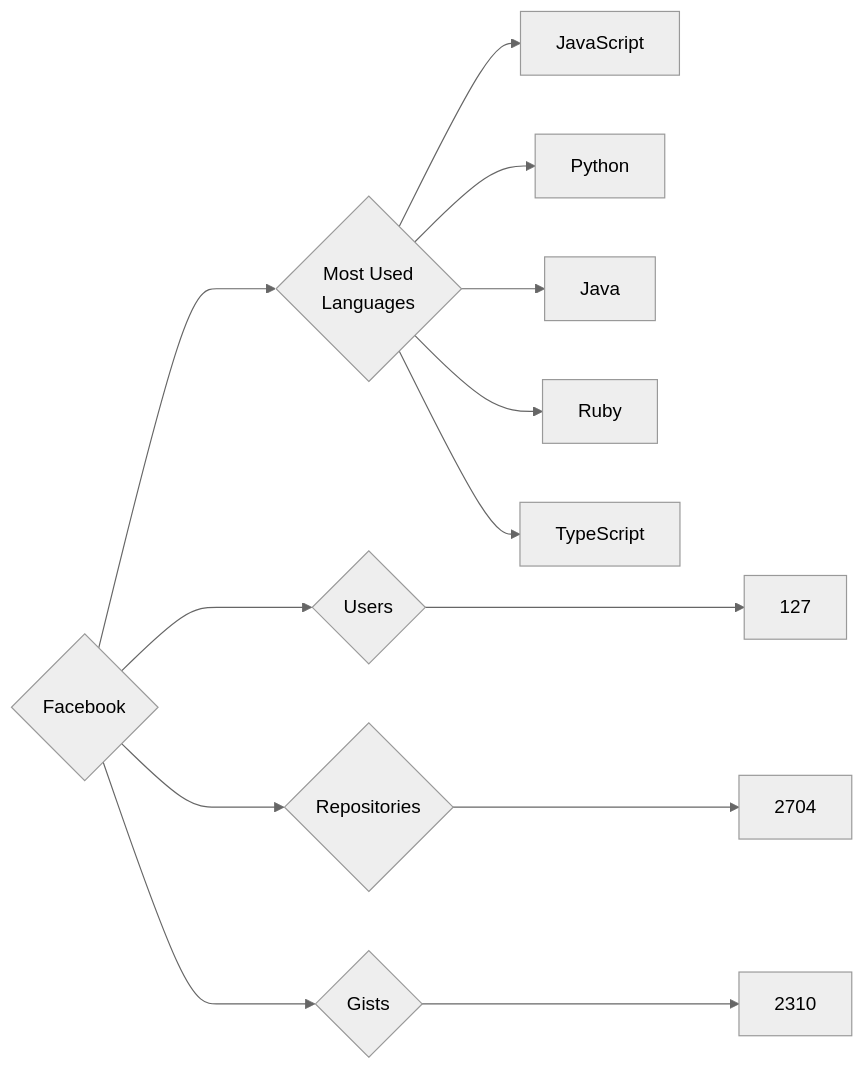
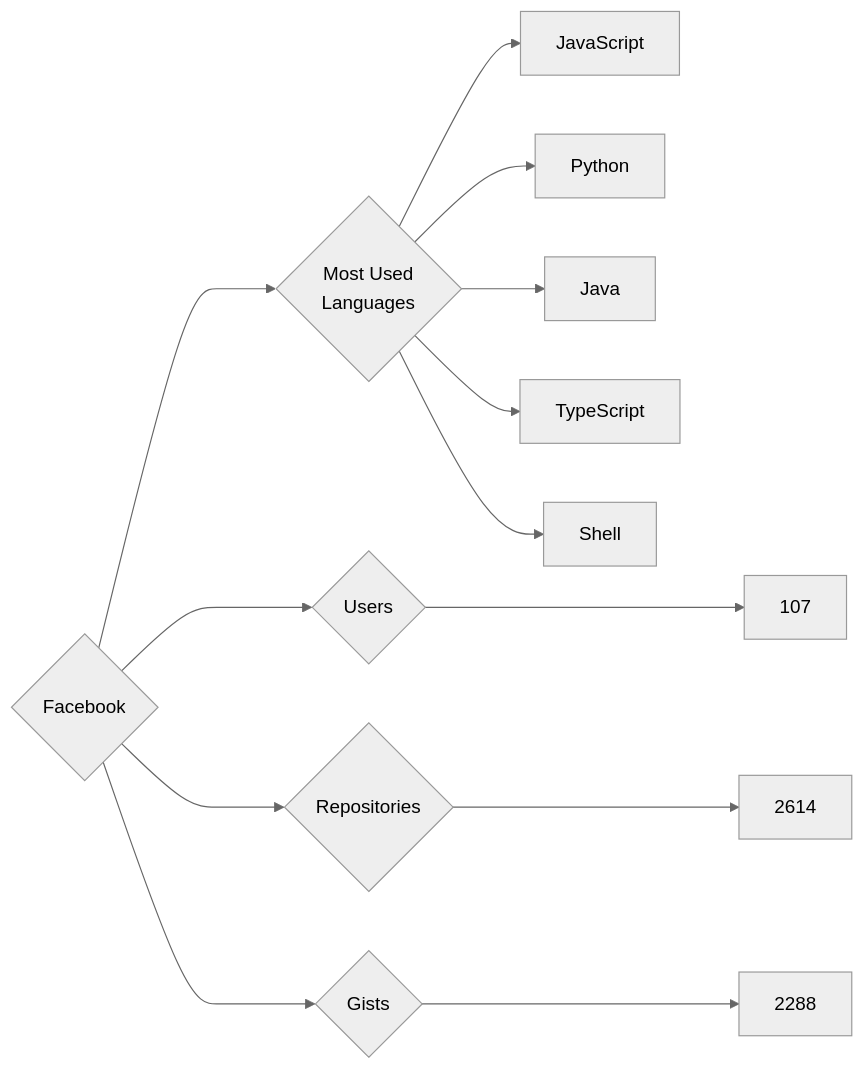
One commit to trickest/insiders changed the diagram in targets/Facebook/README.md. Above: the diagram before and after it, drawn with Mermaid (neutral theme). The commit also changed 723 other files, not shown here.

````diff
--- a/targets/Facebook/README.md
+++ b/targets/Facebook/README.md
@@ -3,13 +3,13 @@
 ```mermaid
 graph LR
 COMPANY_NAME{Facebook}
-COMPANY_NAME ---> U{Users} ---> UN[127]
-COMPANY_NAME ---> R{Repositories} ---> RN[2704]
-COMPANY_NAME ---> G{Gists} ---> GN[2310]
+COMPANY_NAME ---> U{Users} ---> UN[107]
+COMPANY_NAME ---> R{Repositories} ---> RN[2614]
+COMPANY_NAME ---> G{Gists} ---> GN[2288]
 COMPANY_NAME ---> ML{Most Used<br>Languages}
 ML --> JavaScript[JavaScript]
 ML --> Python[Python]
 ML --> Java[Java]
-ML --> Ruby[Ruby]
 ML --> TypeScript[TypeScript]
+ML --> Shell[Shell]
 ```
````
